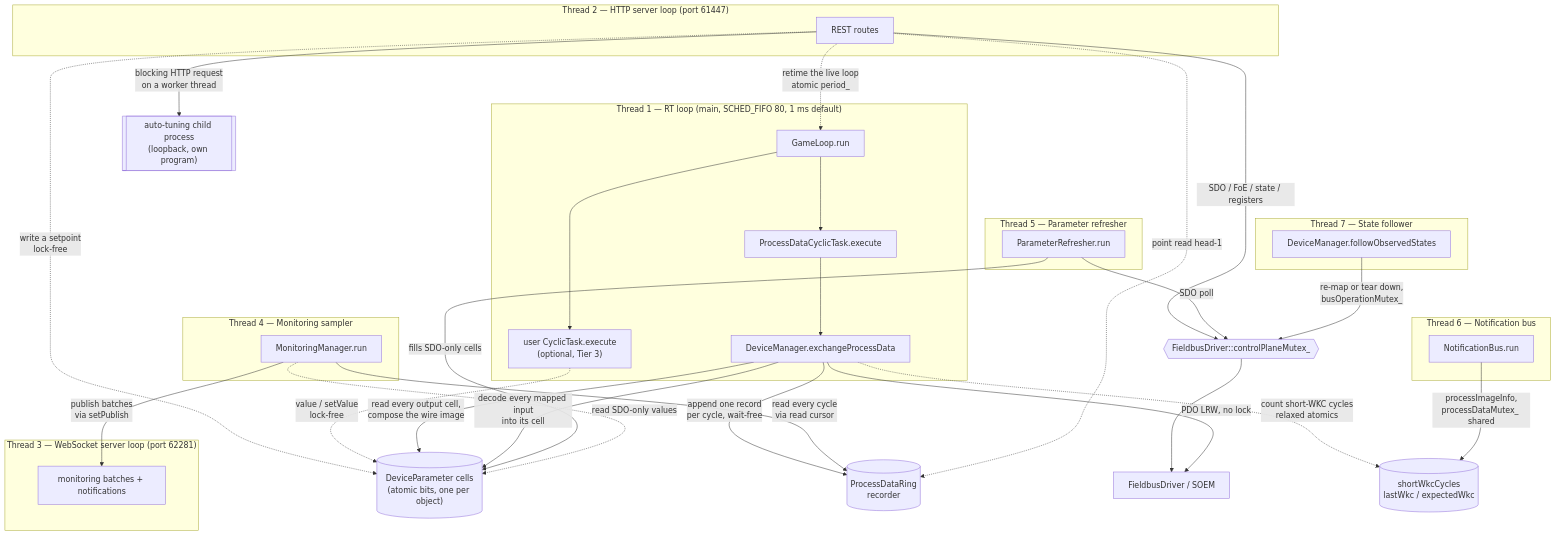
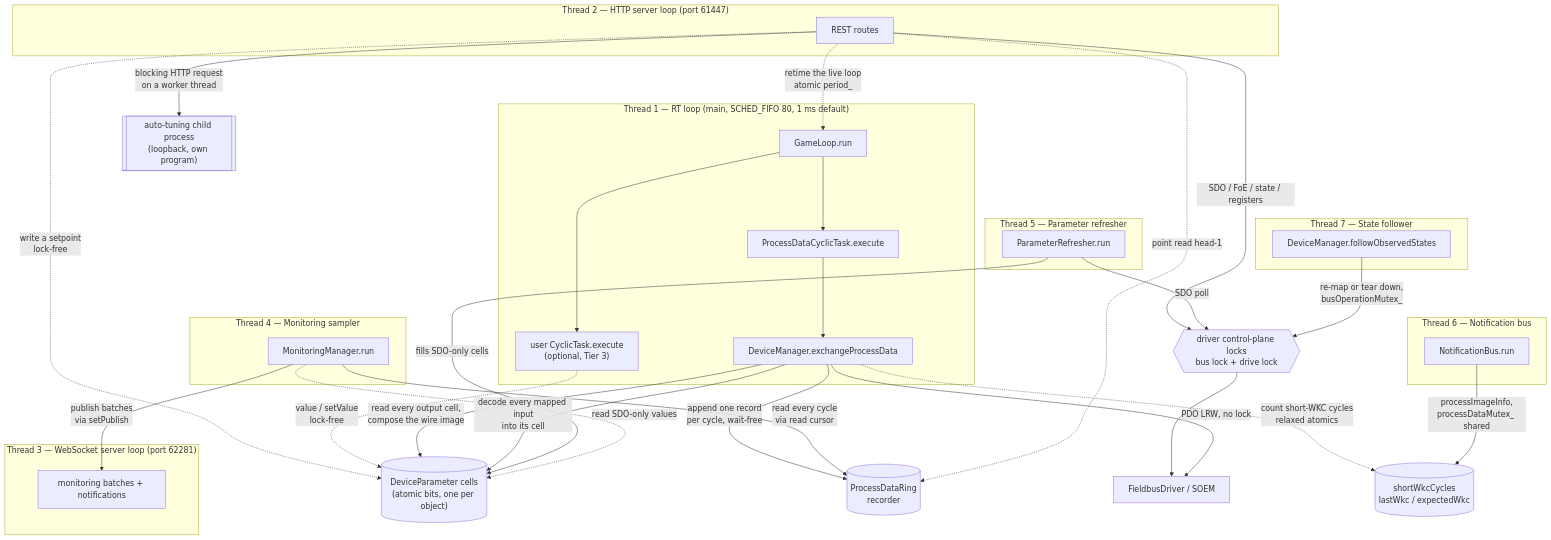
The diagram in docs/THREADS.md (synapticon/motion-master), drawn with Mermaid before and after one commit. The commit also changed other lines of this file and 17 other files, not shown here.

````diff
--- a/docs/THREADS.md
+++ b/docs/THREADS.md
@@ -56,46 +56,46 @@
 ```mermaid
 flowchart TB
     subgraph RT["Thread 1 — RT loop (main, SCHED_FIFO 80, 1 ms default)"]
         GL[GameLoop.run] --> PDT[ProcessDataCyclicTask.execute]
         PDT --> EPD[DeviceManager.exchangeProcessData]
         GL --> UT["user CyclicTask.execute<br/>(optional, Tier 3)"]
     end
     subgraph HSRV["Thread 2 — HTTP server loop (port 61447)"]
         HTTP[REST routes]
     end
     subgraph WSRV["Thread 3 — WebSocket server loop (port 62281)"]
         WS[monitoring batches + notifications]
     end
     subgraph SAMP["Thread 4 — Monitoring sampler"]
         MS[MonitoringManager.run]
     end
     subgraph REF["Thread 5 — Parameter refresher"]
         PR[ParameterRefresher.run]
     end
     subgraph NB["Thread 6 — Notification bus"]
         BH[NotificationBus.run]
     end
     subgraph SF["Thread 7 — State follower"]
         FS[DeviceManager.followObservedStates]
     end
 
     HTTP -.->|write a setpoint<br/>lock-free| CELLS[("DeviceParameter cells<br/>(atomic bits, one per object)")]
     HTTP -.->|retime the live loop<br/>atomic period_| GL
     UT -.->|value / setValue<br/>lock-free| CELLS
     EPD -->|read every output cell,<br/>compose the wire image| CELLS
     EPD -->|decode every mapped input<br/>into its cell| CELLS
     EPD -->|append one record<br/>per cycle, wait-free| RING[(ProcessDataRing<br/>recorder)]
     MS -->|read every cycle<br/>via read cursor| RING
     HTTP -.->|point read head-1| RING
-    HTTP -->|SDO / FoE / state / registers| SM{{FieldbusDriver::controlPlaneMutex_}}
+    HTTP -->|SDO / FoE / state / registers| SM{{driver control-plane locks<br/>bus lock + drive lock}}
     PR -->|SDO poll| SM
     SM --> DRV[FieldbusDriver / SOEM]
     EPD -->|PDO LRW, no lock| DRV
     MS -->|publish batches<br/>via setPublish| WS
     PR -->|fills SDO-only cells| CELLS
     MS -.->|read SDO-only values| CELLS
     EPD -.->|count short-WKC cycles<br/>relaxed atomics| WKC[("shortWkcCycles<br/>lastWkc / expectedWkc")]
     BH -->|processImageInfo,<br/>processDataMutex_ shared| WKC
     FS -->|re-map or tear down,<br/>busOperationMutex_| SM
     HTTP -->|blocking HTTP request<br/>on a worker thread| AT[["auto-tuning child process<br/>(loopback, own program)"]]
 ```
````
